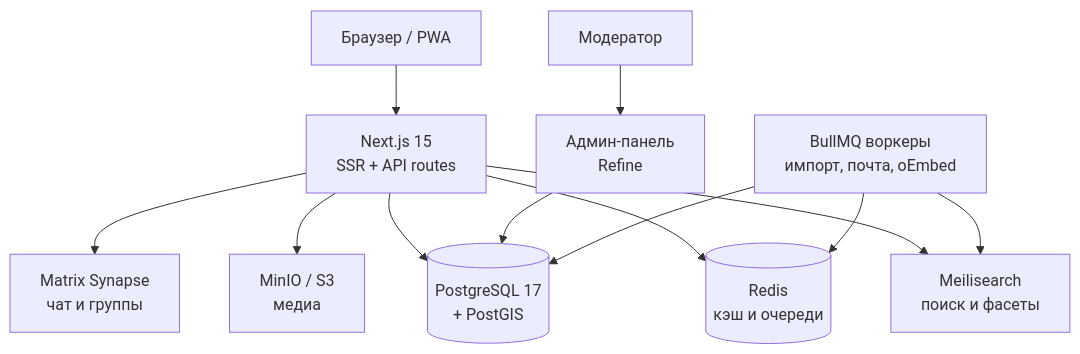
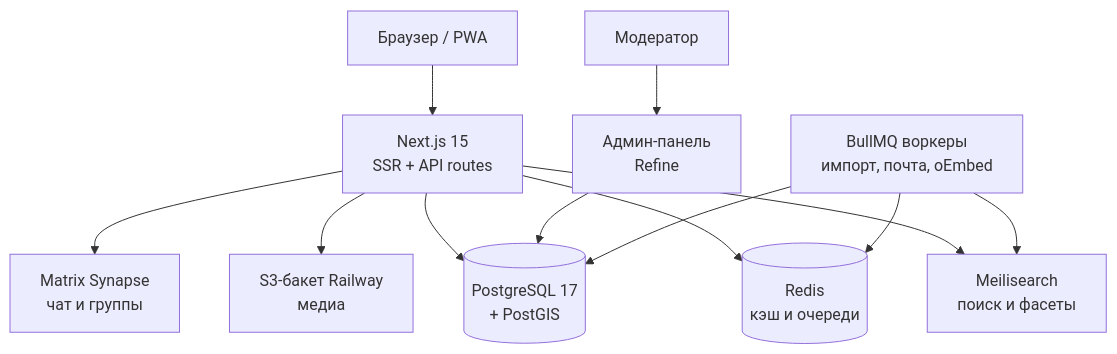
Before and after one commit to mazalovmx/bailamos: the second of 4 diagrams in Технические требования платформа танцевального сообщества.md, drawn with Mermaid. The commit also changed other lines of this file and 1 other file, not shown here.

Commit message:
docs: requirements now specify Railway as the hosting platform

````diff
--- a/Технические требования платформа танцевального сообщества.md
+++ b/Технические требования платформа танцевального сообщества.md
@@ -74,14 +76,14 @@
 ```mermaid
 flowchart TD
   U["Браузер / PWA"] --> WEB["Next.js 15<br/>SSR + API routes"]
   ADM["Модератор"] --> AP["Админ-панель<br/>Refine"]
   WEB --> DB[("PostgreSQL 17<br/>+ PostGIS")]
   AP --> DB
   WEB --> SE["Meilisearch<br/>поиск и фасеты"]
   WEB --> RD[("Redis<br/>кэш и очереди")]
-  WEB --> ST["MinIO / S3<br/>медиа"]
+  WEB --> ST["S3-бакет Railway<br/>медиа"]
   WEB --> CH["Matrix Synapse<br/>чат и группы"]
   WRK["BullMQ воркеры<br/>импорт, почта, oEmbed"] --> DB
   WRK --> RD
   WRK --> SE
 ```
````
